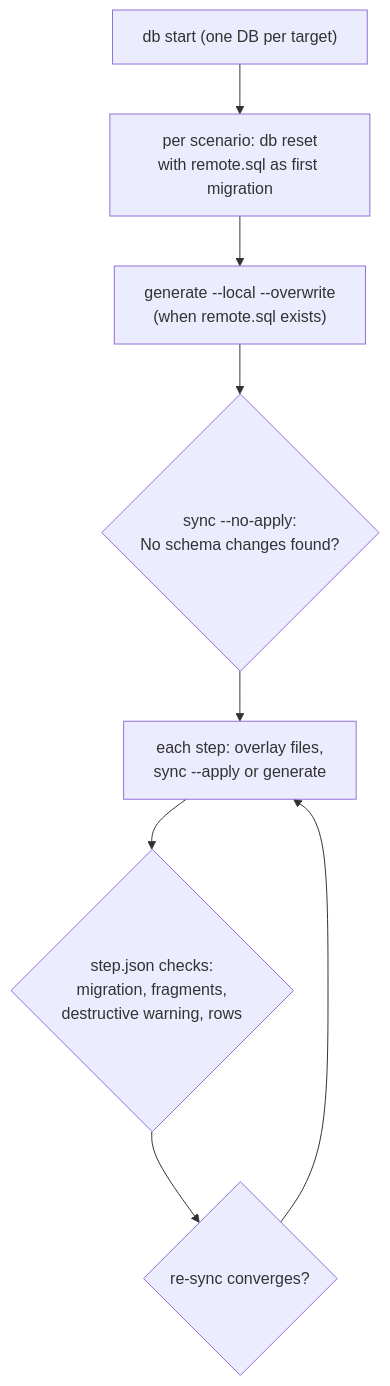
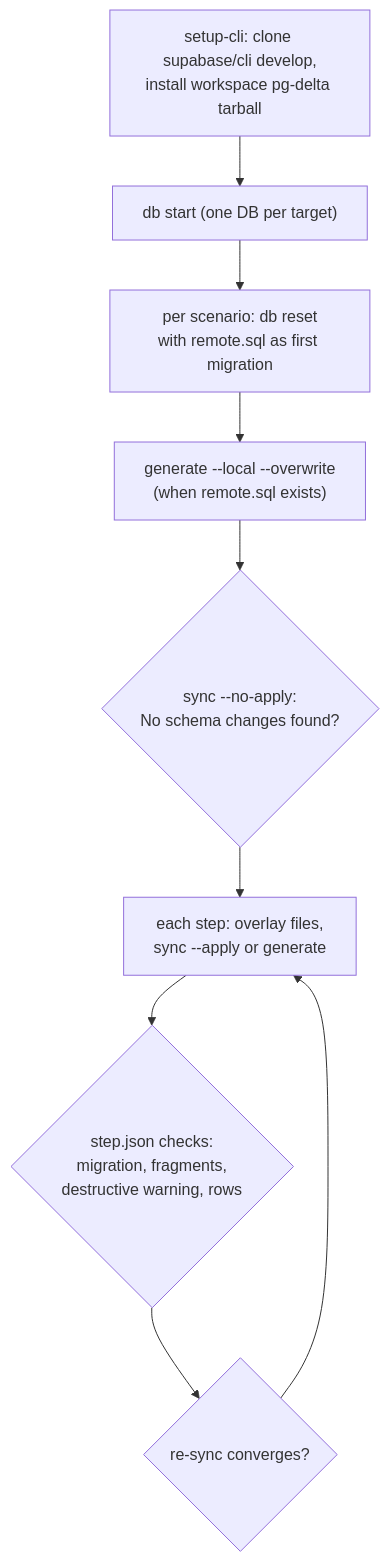
The diagram in docs/roadmap/declarative-e2e-test-architecture.md (supabase/pg-toolbelt), drawn with Mermaid before and after one commit. The commit also changed other lines of this file and 92 other files, not shown here.

````diff
--- a/docs/roadmap/declarative-e2e-test-architecture.md
+++ b/docs/roadmap/declarative-e2e-test-architecture.md
@@ -20,10 +20,11 @@
 ```mermaid
 flowchart TD
+  P["setup-cli: clone supabase/cli develop,<br/>install workspace pg-delta tarball"] --> S
   S["db start (one DB per target)"] --> R["per scenario: db reset<br/>with remote.sql as first migration"]
   R --> B["generate --local --overwrite<br/>(when remote.sql exists)"]
   B --> C1{"sync --no-apply:<br/>No schema changes found?"}
   C1 --> L["each step: overlay files,<br/>sync --apply or generate"]
   L --> E{"step.json checks:<br/>migration, fragments,<br/>destructive warning, rows"}
   E --> C2{"re-sync converges?"}
   C2 --> L
 ```
````
